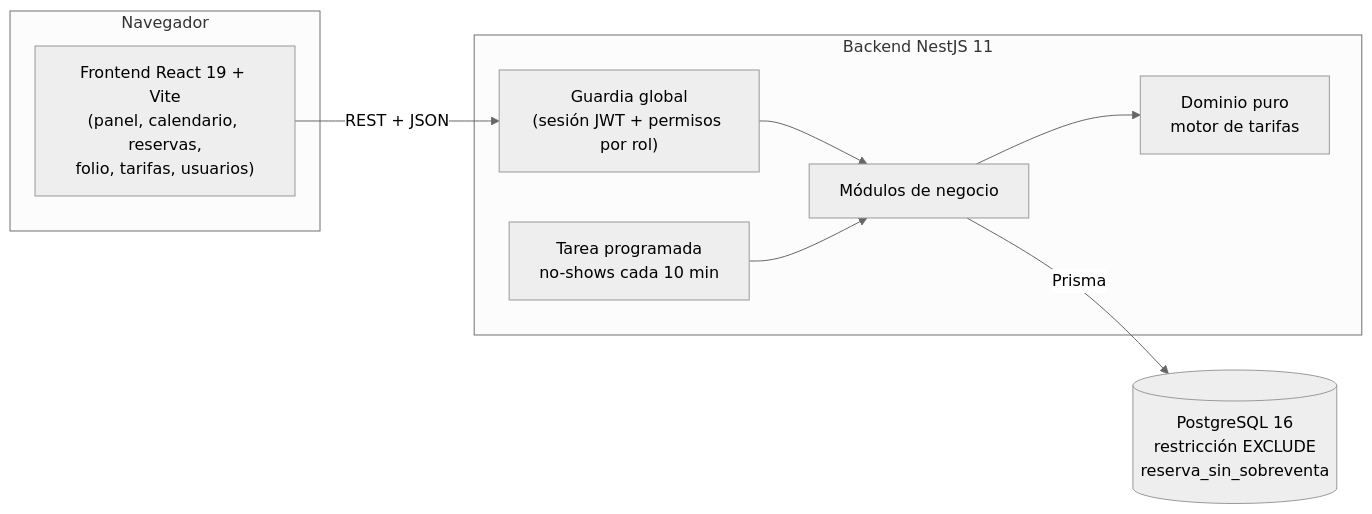
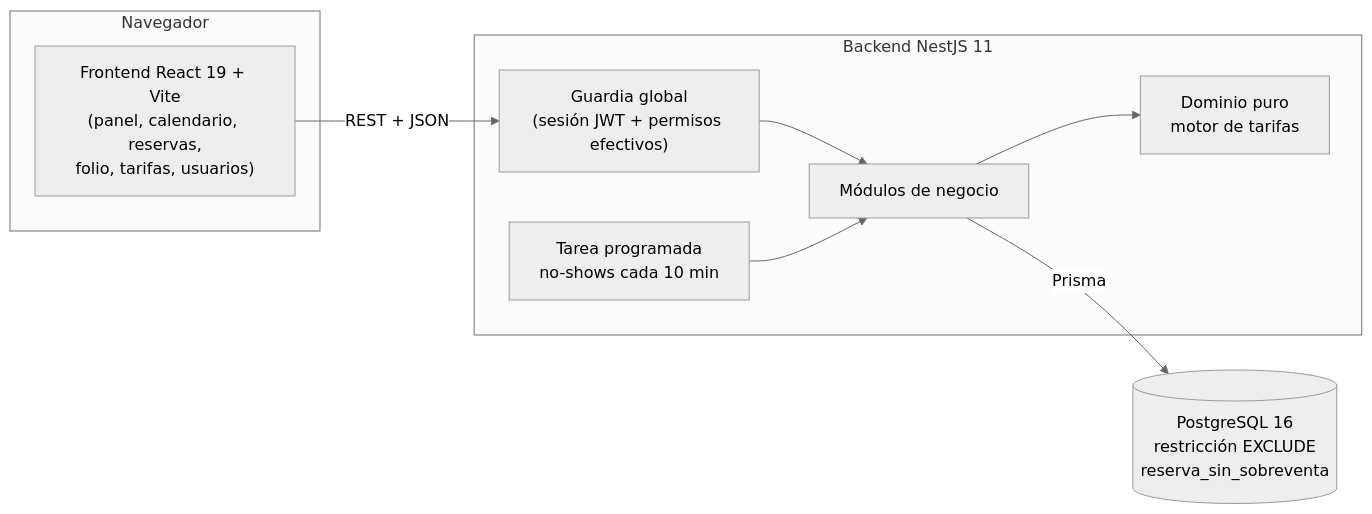
Before and after one commit to Felipe-espitia28/Mvp_Hotel_Lazzaro: the first of 4 diagrams in docs/ARQUITECTURA.md, drawn with Mermaid (neutral theme). The commit also changed other lines of this file and 55 other files, not shown here.

First line of the commit message:
Plan 19: roles y permisos personalizados por hotel

````diff
--- a/docs/ARQUITECTURA.md
+++ b/docs/ARQUITECTURA.md
@@ -18,18 +18,18 @@
 ```mermaid
 flowchart LR
   subgraph Navegador
     SPA["Frontend React 19 + Vite<br/>(panel, calendario, reservas,<br/>folio, tarifas, usuarios)"]
   end
   subgraph API["Backend NestJS 11"]
-    G["Guardia global<br/>(sesión JWT + permisos por rol)"]
+    G["Guardia global<br/>(sesión JWT + permisos efectivos)"]
     M["Módulos de negocio"]
     D["Dominio puro<br/>motor de tarifas"]
     C["Tarea programada<br/>no-shows cada 10 min"]
   end
   BD[("PostgreSQL 16<br/>restricción EXCLUDE<br/>reserva_sin_sobreventa")]
 
   SPA -- "REST + JSON" --> G --> M
   M --> D
   M -- Prisma --> BD
   C --> M
 ```
````
